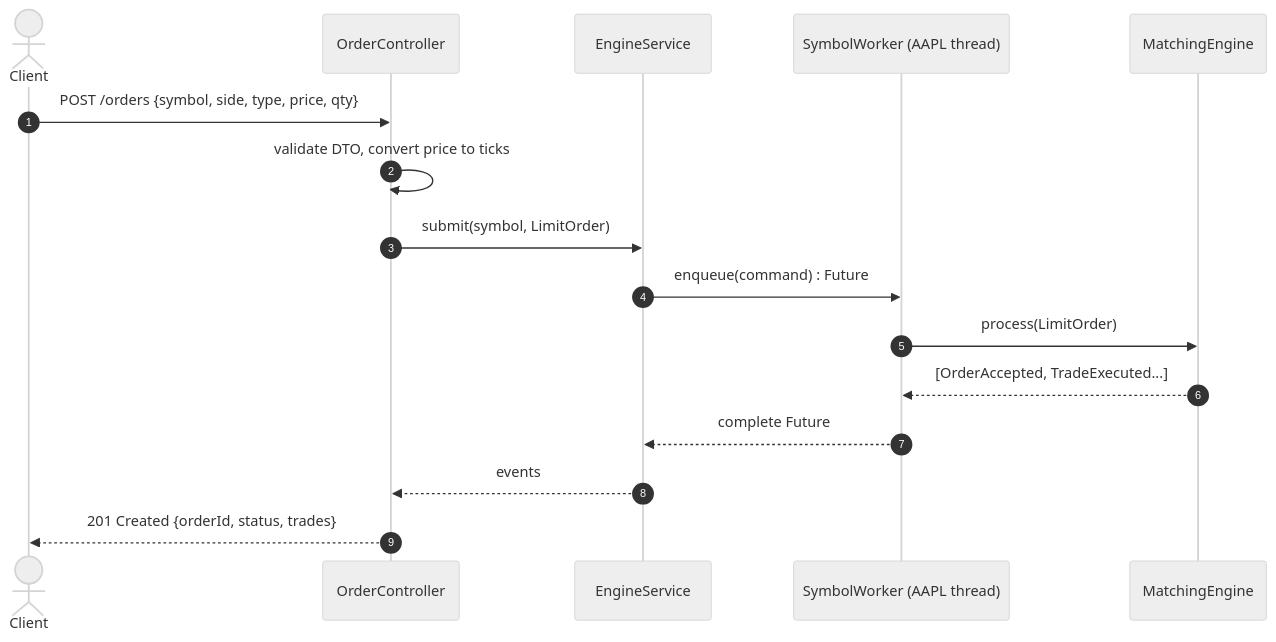
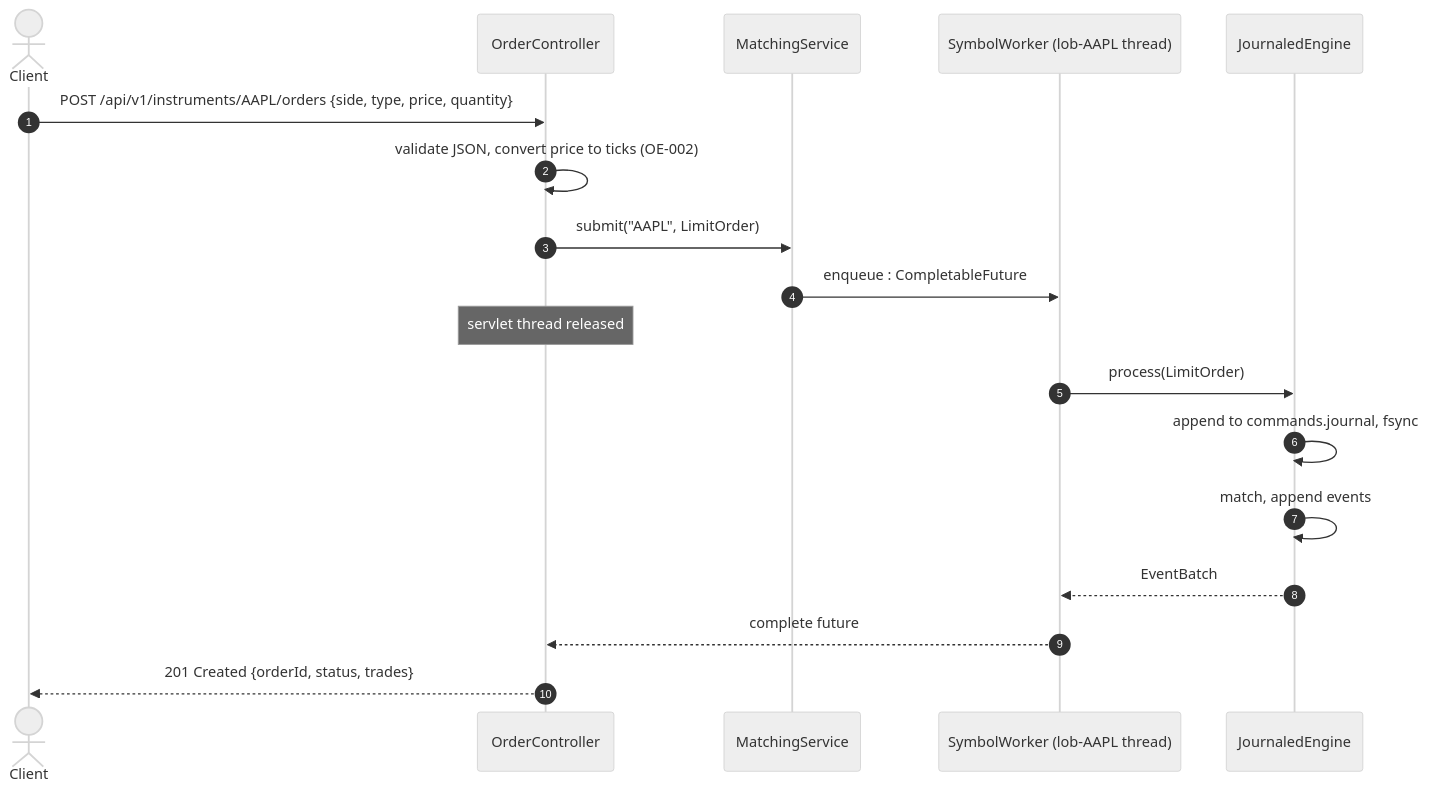
The third of 4 diagrams in README.md (Ahmed-Berrada/Order_Book), drawn with Mermaid (neutral theme) before and after one commit. The commit also changed other lines of this file and 2 other files, not shown here.

First line of the commit message:
docs: README, roadmap and CI for phase 3b

````diff
--- a/README.md
+++ b/README.md
@@ -237,19 +237,21 @@
 ```mermaid
 sequenceDiagram
     autonumber
     actor C as Client
     participant Ctl as OrderController
-    participant Svc as EngineService
-    participant W as SymbolWorker (AAPL thread)
-    participant E as MatchingEngine
+    participant Svc as MatchingService
+    participant W as SymbolWorker (lob-AAPL thread)
+    participant J as JournaledEngine
 
-    C->>Ctl: POST /orders {symbol, side, type, price, qty}
-    Ctl->>Ctl: validate DTO, convert price to ticks
-    Ctl->>Svc: submit(symbol, LimitOrder)
-    Svc->>W: enqueue(command) : Future
-    W->>E: process(LimitOrder)
-    E-->>W: [OrderAccepted, TradeExecuted...]
-    W-->>Svc: complete Future
-    Svc-->>Ctl: events
+    C->>Ctl: POST /api/v1/instruments/AAPL/orders {side, type, price, quantity}
+    Ctl->>Ctl: validate JSON, convert price to ticks (OE-002)
+    Ctl->>Svc: submit("AAPL", LimitOrder)
+    Svc->>W: enqueue : CompletableFuture
+    Note over Ctl: servlet thread released
+    W->>J: process(LimitOrder)
+    J->>J: append to commands.journal, fsync
+    J->>J: match, append events
+    J-->>W: EventBatch
+    W-->>Ctl: complete future
     Ctl-->>C: 201 Created {orderId, status, trades}
 ```
````
